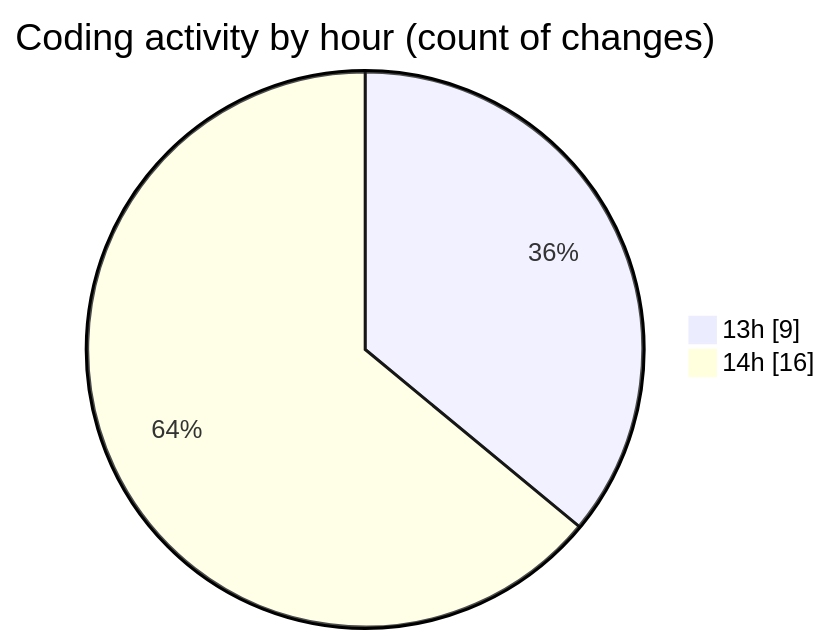
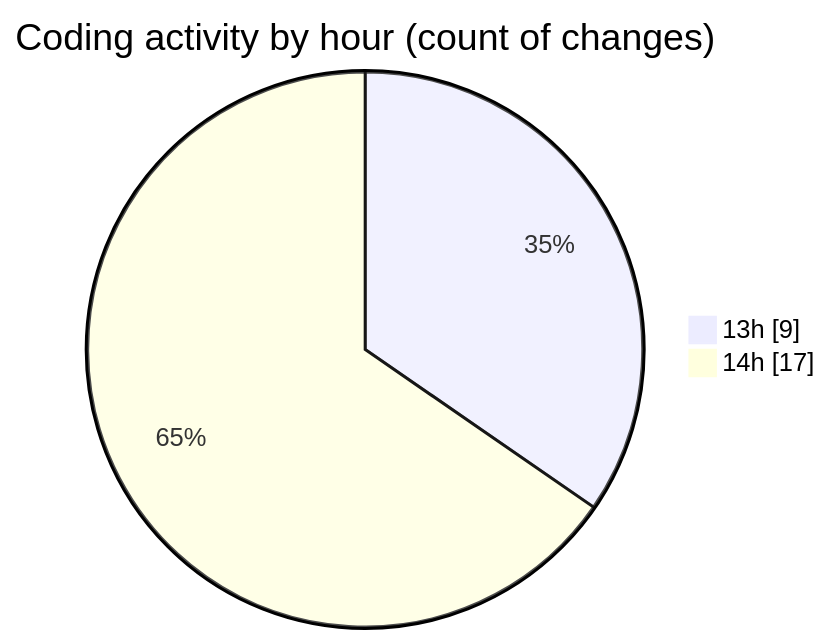
One commit to lephambinh05/code-tracking changed the second of 2 diagrams in 2025-08-10/getmailotp/README.md. Above: the diagram before and after it, drawn with Mermaid. The commit also changed other lines of this file and 1 other file, not shown here.

````diff
--- a/2025-08-10/getmailotp/README.md
+++ b/2025-08-10/getmailotp/README.md
@@ -38,6 +38,6 @@
 ```mermaid
 pie showData
 title Coding activity by hour (count of changes)
 "13h" : 9
-"14h" : 16
+"14h" : 17
 ```
````
